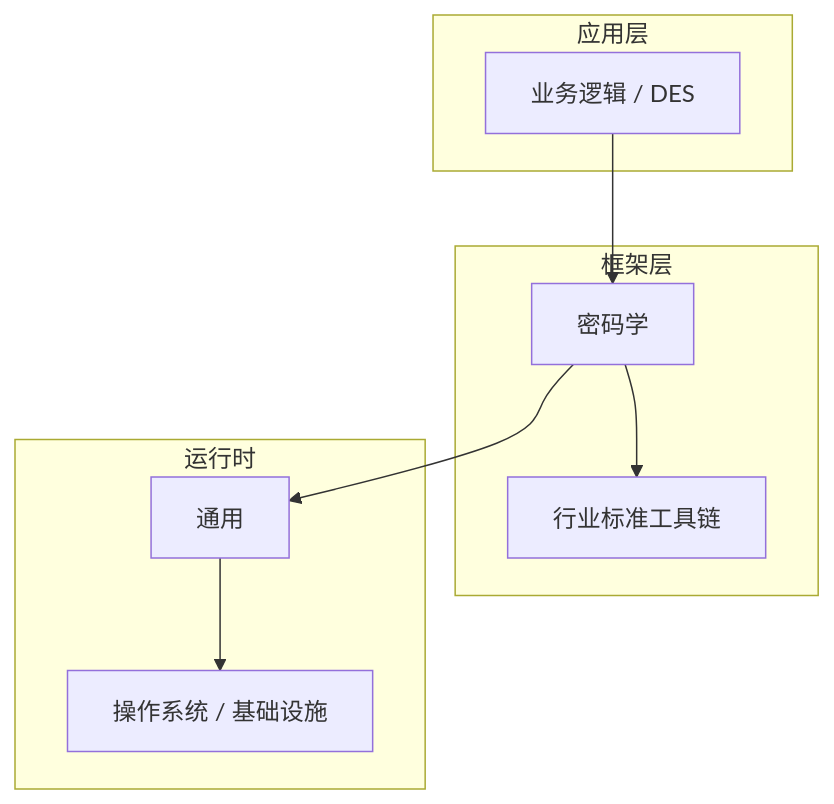
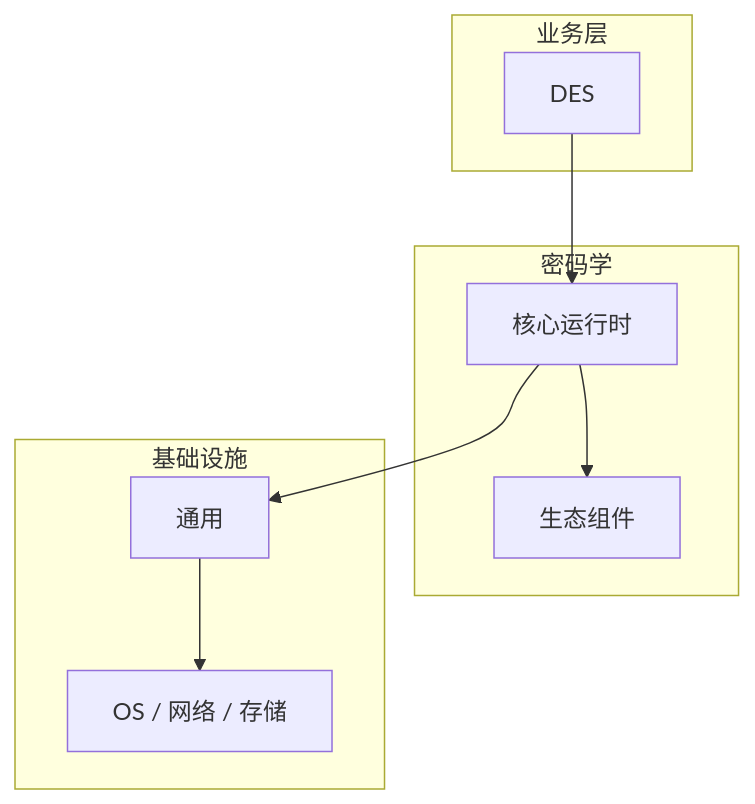
One commit to yanggan2015/knowledge-json-v2 changed the diagram in articles/密码学/chapters/011-DES核心概念与原理.md. Above: the diagram before and after it, drawn with Mermaid. The commit also changed other lines of this file and 10127 other files, not shown here.

````diff
--- a/articles/密码学/chapters/011-DES核心概念与原理.md
+++ b/articles/密码学/chapters/011-DES核心概念与原理.md
@@ -46,18 +31,18 @@
 ```mermaid
 graph TB
-    subgraph 应用层
-        A[业务逻辑 / DES]
+    subgraph 业务层
+        A[DES]
     end
-    subgraph 框架层
-        B[密码学]
-        C[行业标准工具链]
+    subgraph 密码学
+        B[核心运行时]
+        C[生态组件]
     end
-    subgraph 运行时
+    subgraph 基础设施
         D[通用]
-        E[操作系统 / 基础设施]
+        E[OS / 网络 / 存储]
     end
     A --> B
     B --> C
     B --> D
     D --> E
 ```
````
